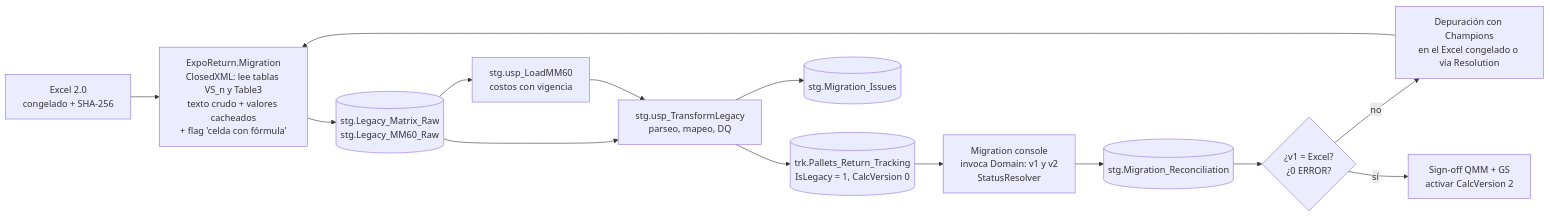
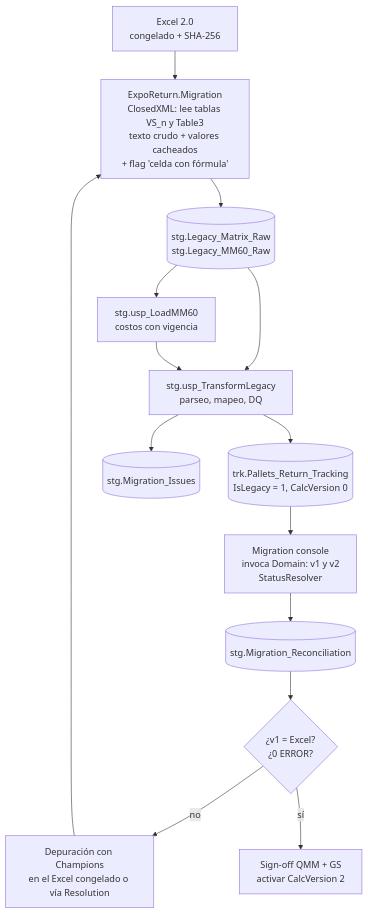
The second of 2 diagrams in docs/04_Plan_Migracion_Implementacion.md (luisreyna060318-alt/ib-process-test), drawn with Mermaid before and after one commit. The commit also changed other lines of this file and 18 other files, not shown here.

````diff
--- a/docs/04_Plan_Migracion_Implementacion.md
+++ b/docs/04_Plan_Migracion_Implementacion.md
@@ -51,16 +51,16 @@
 ```mermaid
-flowchart LR
+flowchart TB
     X[Excel 2.0<br/>congelado + SHA-256] --> E[ExpoReturn.Migration<br/>ClosedXML: lee tablas VS_n y Table3<br/>texto crudo + valores cacheados<br/>+ flag 'celda con fórmula']
     E --> R[(stg.Legacy_Matrix_Raw<br/>stg.Legacy_MM60_Raw)]
     R --> M[stg.usp_LoadMM60<br/>costos con vigencia]
     R --> T[stg.usp_TransformLegacy<br/>parseo, mapeo, DQ]
     M --> T
     T --> P[(trk.Pallets_Return_Tracking<br/>IsLegacy = 1, CalcVersion 0)]
     T --> I[(stg.Migration_Issues)]
     P --> C[Migration console<br/>invoca Domain: v1 y v2<br/>StatusResolver]
     C --> Q[(stg.Migration_Reconciliation)]
     Q --> S{¿v1 = Excel?<br/>¿0 ERROR?}
     S -- no --> D[Depuración con Champions<br/>en el Excel congelado o vía Resolution]
     D --> E
     S -- sí --> G[Sign-off QMM + GS<br/>activar CalcVersion 2]
 ```
````
